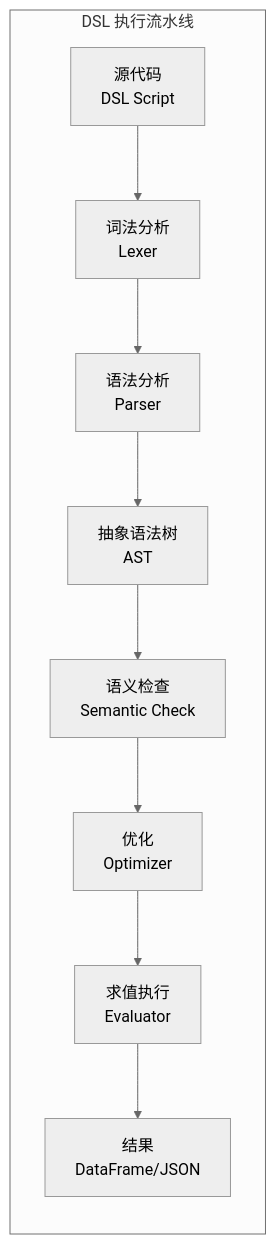
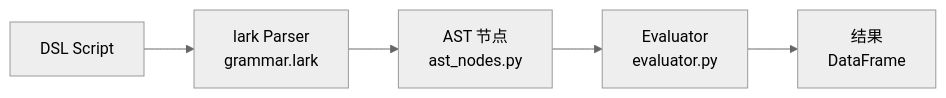
Before and after one commit to RESBI/StockStatistic: diagram 14 of 23 in DESIGN_CN.md, drawn with Mermaid (neutral theme). The commit also changed other lines of this file and 12 other files, not shown here.

````diff
--- a/DESIGN_CN.md
+++ b/DESIGN_CN.md
@@ -935,12 +976,7 @@
 ```mermaid
 graph LR
-    subgraph "DSL 执行流水线"
-        SRC["源代码<br/>DSL Script"] --> LEX[词法分析<br/>Lexer]
-        LEX --> PAR[语法分析<br/>Parser]
-        PAR --> AST2["抽象语法树<br/>AST"]
-        AST2 --> SEM[语义检查<br/>Semantic Check]
-        SEM --> OPT[优化<br/>Optimizer]
-        OPT --> EXE[求值执行<br/>Evaluator]
-        EXE --> RES["结果<br/>DataFrame/JSON"]
-    end
+    SRC["DSL Script"] --> LEX["lark Parser<br/>grammar.lark"]
+    LEX --> AST["AST 节点<br/>ast_nodes.py"]
+    AST --> EXE["Evaluator<br/>evaluator.py"]
+    EXE --> RES["结果<br/>DataFrame"]
 ```
````
